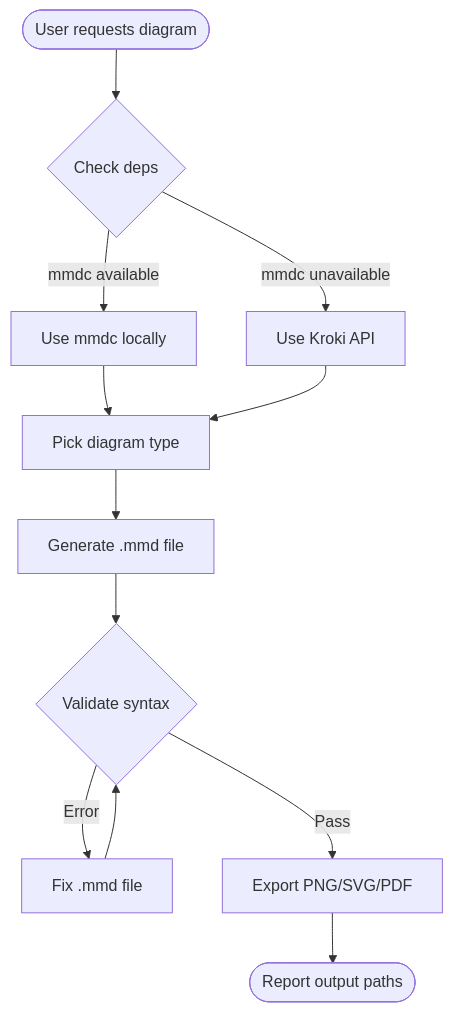
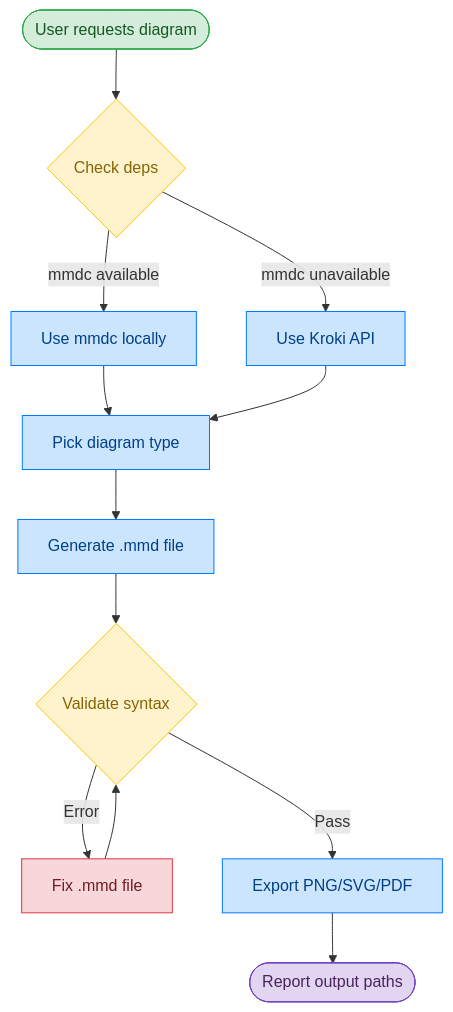
One commit to Agents365-ai/mermaid-skill changed the diagram in assets/workflow.mmd. Above: the diagram before and after it, drawn with Mermaid. The commit also changed 5 other files, not shown here.

First line of the commit message:
Add color design to workflow diagrams

```diff
--- a/assets/workflow.mmd
+++ b/assets/workflow.mmd
@@ -1,19 +1,25 @@
 flowchart TD
-  Start([User requests diagram]) --> CheckDeps{Check deps}
+  Start([User requests diagram]):::input --> CheckDeps{Check deps}:::decision
 
-  CheckDeps -->|mmdc available| UseMmdc[Use mmdc locally]
-  CheckDeps -->|mmdc unavailable| UseKroki[Use Kroki API]
+  CheckDeps -->|mmdc available| UseMmdc[Use mmdc locally]:::process
+  CheckDeps -->|mmdc unavailable| UseKroki[Use Kroki API]:::process
 
   UseMmdc --> PickType
   UseKroki --> PickType
 
-  PickType[Pick diagram type] --> Generate[Generate .mmd file]
+  PickType[Pick diagram type]:::process --> Generate[Generate .mmd file]:::process
 
-  Generate --> Validate{Validate syntax}
+  Generate --> Validate{Validate syntax}:::decision
 
-  Validate -->|Error| Fix[Fix .mmd file]
+  Validate -->|Error| Fix[Fix .mmd file]:::warning
   Fix --> Validate
 
-  Validate -->|Pass| Export[Export PNG/SVG/PDF]
+  Validate -->|Pass| Export[Export PNG/SVG/PDF]:::process
 
-  Export --> Report([Report output paths])
+  Export --> Report([Report output paths]):::output
+
+  classDef input fill:#d4edda,stroke:#28a745,color:#155724
+  classDef process fill:#cce5ff,stroke:#007bff,color:#004085
+  classDef decision fill:#fff3cd,stroke:#ffc107,color:#856404
+  classDef warning fill:#f8d7da,stroke:#dc3545,color:#721c24
+  classDef output fill:#e2d5f1,stroke:#6f42c1,color:#4a235a
```
